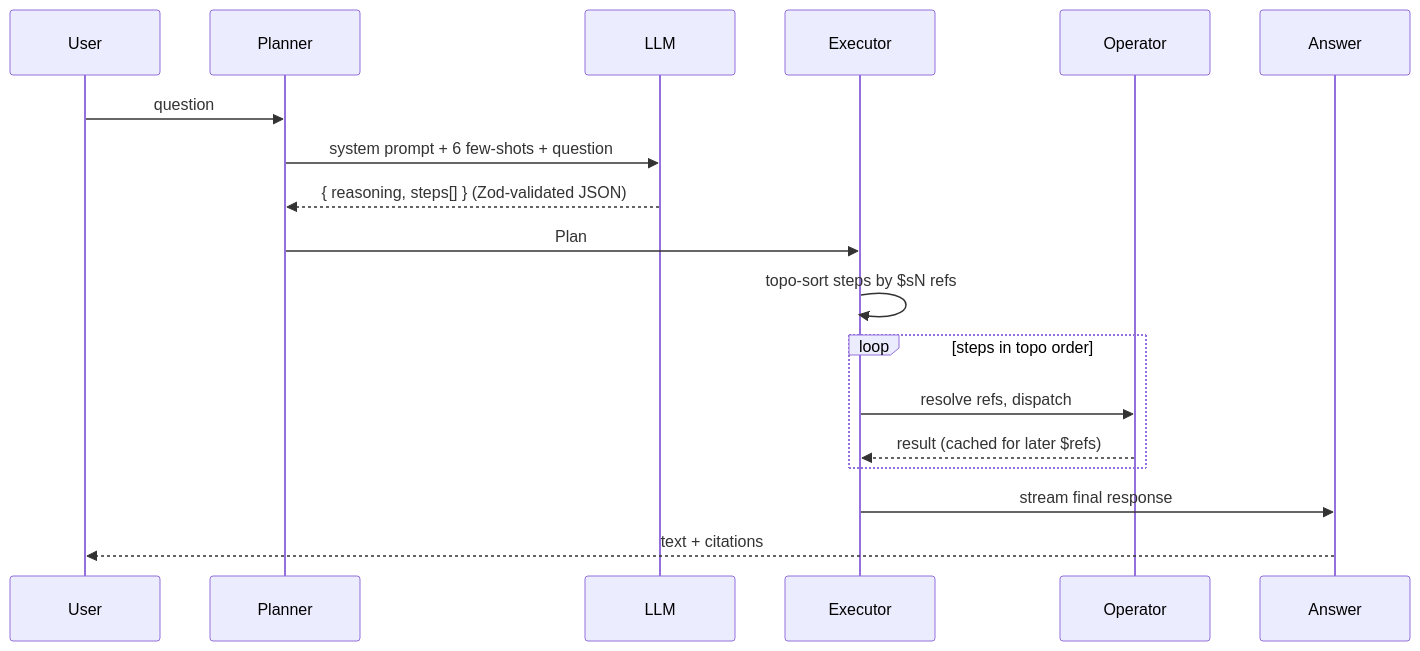
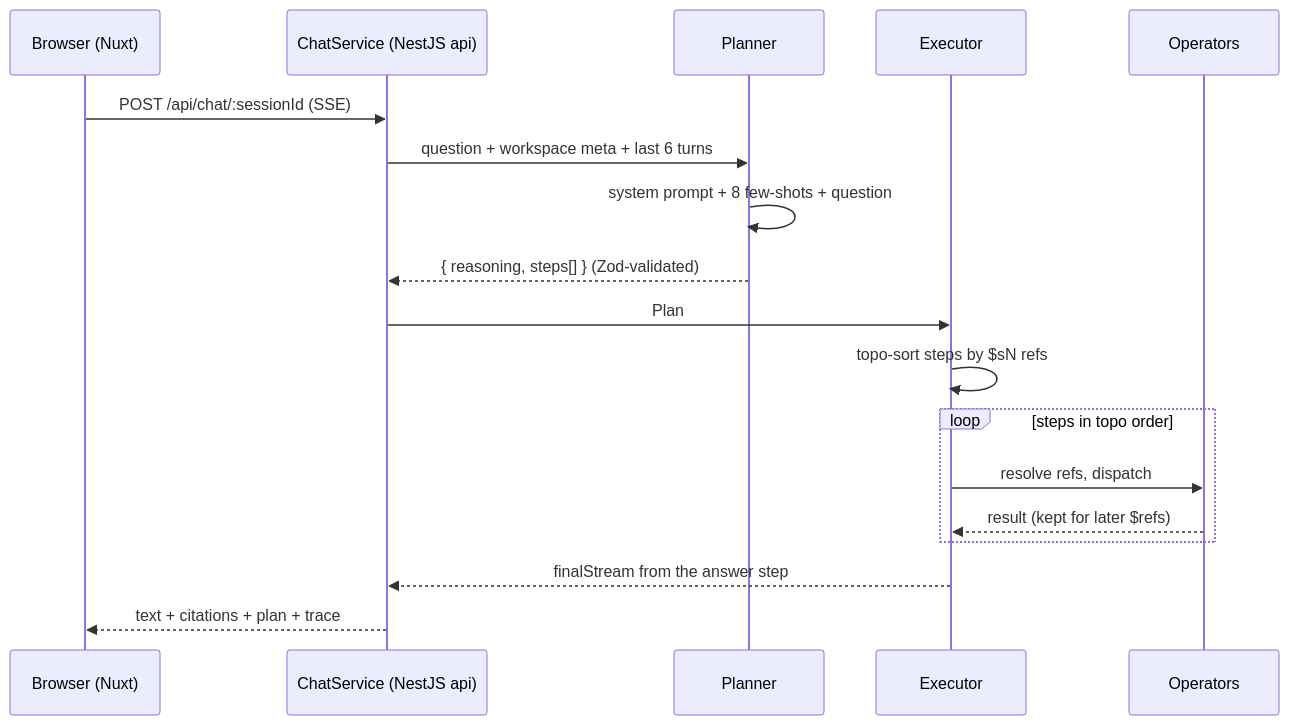
Before and after one commit to psyspeedi/repobuddy: the first of 2 diagrams in docs/kag-planning.md, drawn with Mermaid. The commit also changed other lines of this file and 7 other files, not shown here.

````diff
--- a/docs/kag-planning.md
+++ b/docs/kag-planning.md
@@ -42,14 +51,20 @@
 ```mermaid
 sequenceDiagram
-    User->>Planner: question
-    Planner->>LLM: system prompt + 6 few-shots + question
-    LLM-->>Planner: { reasoning, steps[] }  (Zod-validated JSON)
-    Planner->>Executor: Plan
-    Executor->>Executor: topo-sort steps by $sN refs
+    participant U as Browser (Nuxt)
+    participant C as ChatService (NestJS api)
+    participant P as Planner
+    participant E as Executor
+    participant O as Operators
+    U->>C: POST /api/chat/:sessionId (SSE)
+    C->>P: question + workspace meta + last 6 turns
+    P->>P: system prompt + 8 few-shots + question
+    P-->>C: { reasoning, steps[] } (Zod-validated)
+    C->>E: Plan
+    E->>E: topo-sort steps by $sN refs
     loop steps in topo order
-      Executor->>Operator: resolve refs, dispatch
-      Operator-->>Executor: result (cached for later $refs)
+      E->>O: resolve refs, dispatch
+      O-->>E: result (kept for later $refs)
     end
-    Executor->>Answer: stream final response
-    Answer-->>User: text + citations
+    E-->>C: finalStream from the answer step
+    C-->>U: text + citations + plan + trace
 ```
````
